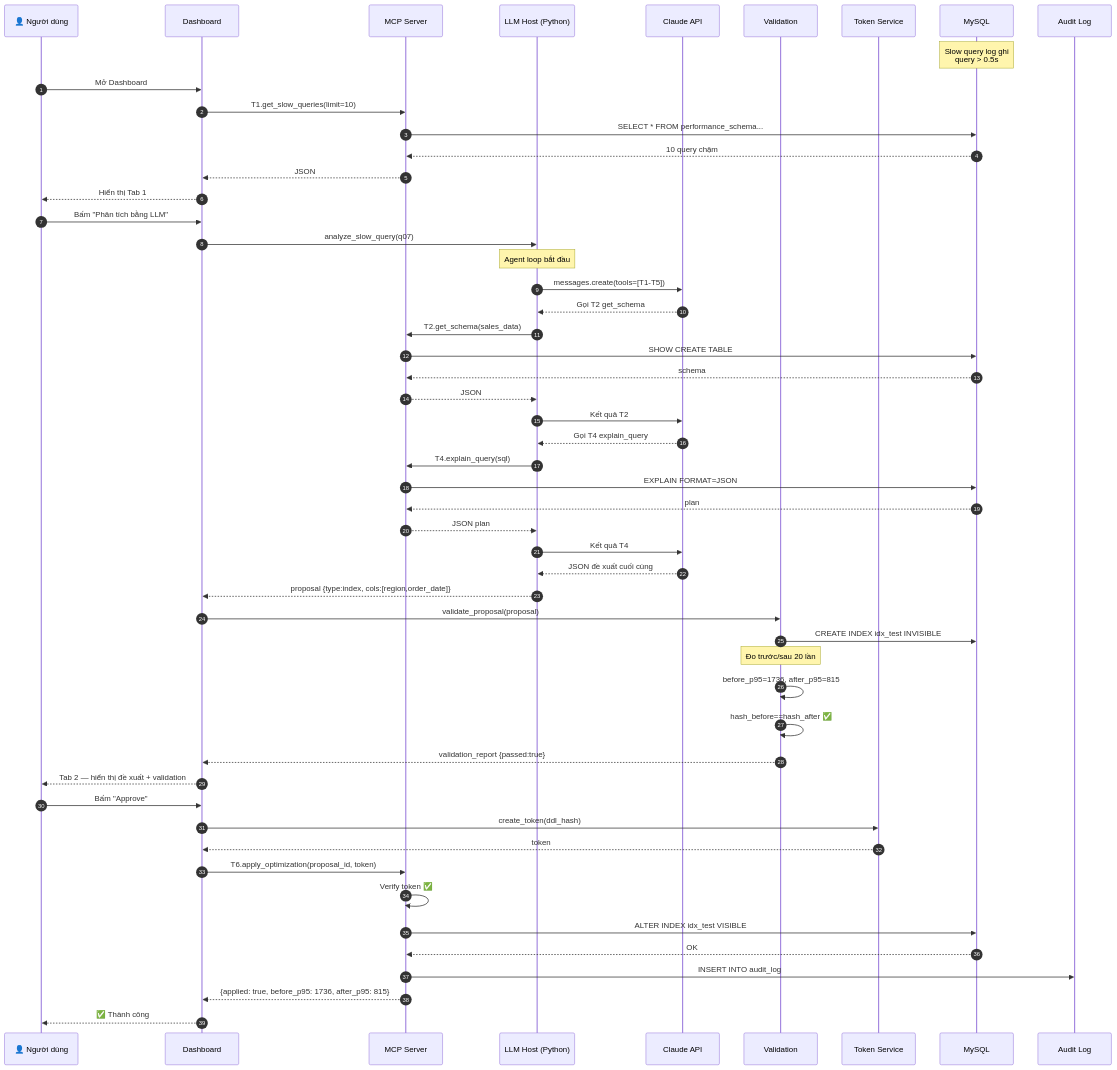
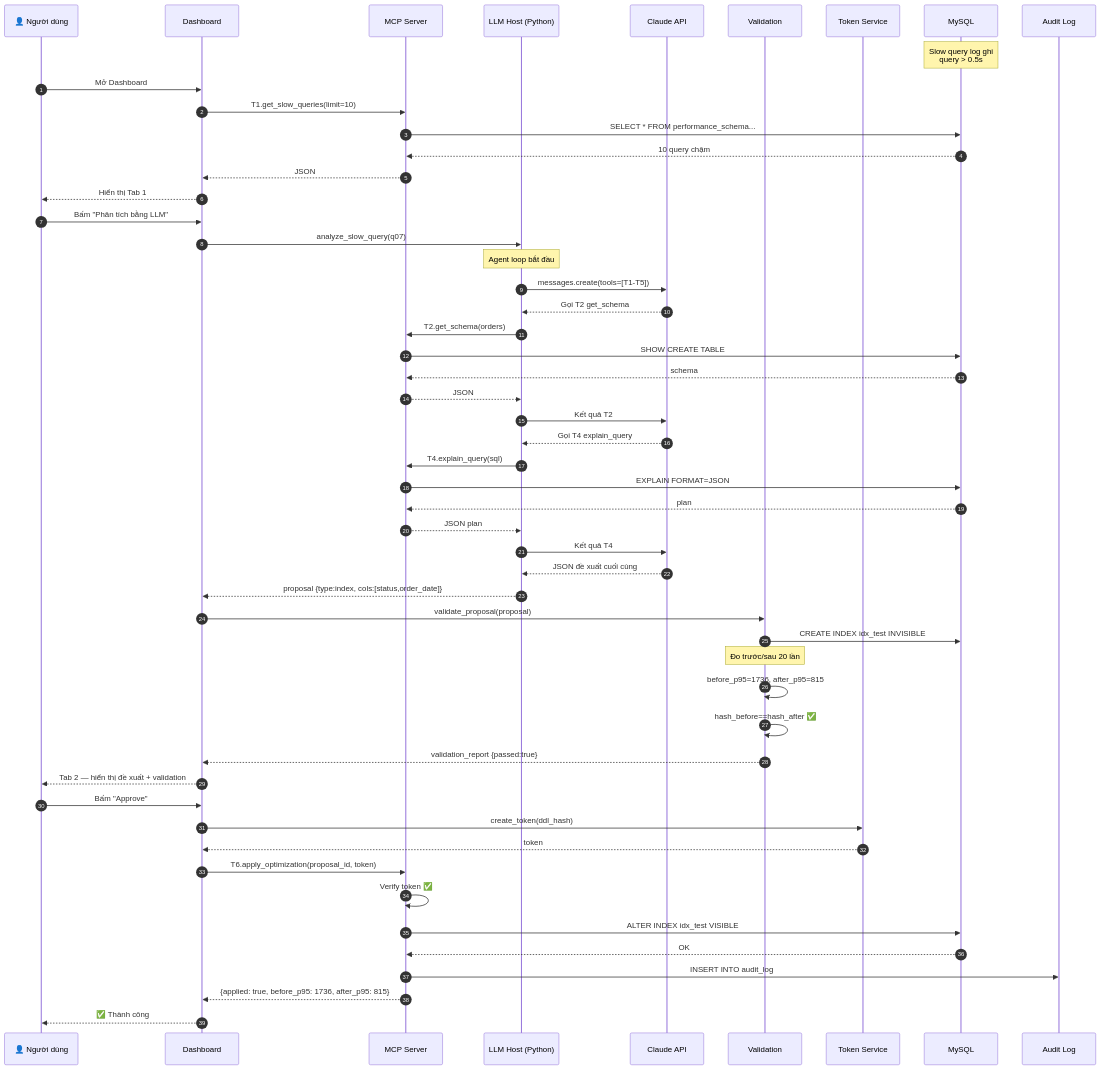
Before and after one commit to lam-vu6868/mcp-slowquery-optimizer: the seventh of 8 diagrams in docs/architecture.md, drawn with Mermaid. The commit also changed other lines of this file and 15 other files, not shown here.

````diff
--- a/docs/architecture.md
+++ b/docs/architecture.md
@@ -594,64 +596,64 @@
 ```mermaid
 sequenceDiagram
     autonumber
     participant U as 👤 Người dùng
     participant D as Dashboard
     participant MCP as MCP Server
     participant LLM as LLM Host (Python)
     participant CL as Claude API
     participant VL as Validation
     participant TS as Token Service
     participant DB as MySQL
     participant AL as Audit Log
 
     Note over DB: Slow query log ghi<br/>query > 0.5s
 
     U->>D: Mở Dashboard
     D->>MCP: T1.get_slow_queries(limit=10)
     MCP->>DB: SELECT * FROM performance_schema...
     DB-->>MCP: 10 query chậm
     MCP-->>D: JSON
     D-->>U: Hiển thị Tab 1
 
     U->>D: Bấm "Phân tích bằng LLM"
     D->>LLM: analyze_slow_query(q07)
 
     Note over LLM: Agent loop bắt đầu
     LLM->>CL: messages.create(tools=[T1-T5])
     CL-->>LLM: Gọi T2 get_schema
-    LLM->>MCP: T2.get_schema(sales_data)
+    LLM->>MCP: T2.get_schema(orders)
     MCP->>DB: SHOW CREATE TABLE
     DB-->>MCP: schema
     MCP-->>LLM: JSON
     LLM->>CL: Kết quả T2
     CL-->>LLM: Gọi T4 explain_query
     LLM->>MCP: T4.explain_query(sql)
     MCP->>DB: EXPLAIN FORMAT=JSON
     DB-->>MCP: plan
     MCP-->>LLM: JSON plan
     LLM->>CL: Kết quả T4
     CL-->>LLM: JSON đề xuất cuối cùng
 
-    LLM-->>D: proposal {type:index, cols:[region,order_date]}
+    LLM-->>D: proposal {type:index, cols:[status,order_date]}
 
     D->>VL: validate_proposal(proposal)
     VL->>DB: CREATE INDEX idx_test INVISIBLE
     Note over VL: Đo trước/sau 20 lần
     VL->>VL: before_p95=1736, after_p95=815
     VL->>VL: hash_before==hash_after ✅
     VL-->>D: validation_report {passed:true}
 
     D-->>U: Tab 2 — hiển thị đề xuất + validation
 
     U->>D: Bấm "Approve"
     D->>TS: create_token(ddl_hash)
     TS-->>D: token
 
     D->>MCP: T6.apply_optimization(proposal_id, token)
     MCP->>MCP: Verify token ✅
     MCP->>DB: ALTER INDEX idx_test VISIBLE
     DB-->>MCP: OK
     MCP->>AL: INSERT INTO audit_log
     MCP-->>D: {applied: true, before_p95: 1736, after_p95: 815}
     D-->>U: ✅ Thành công
 ```
````
